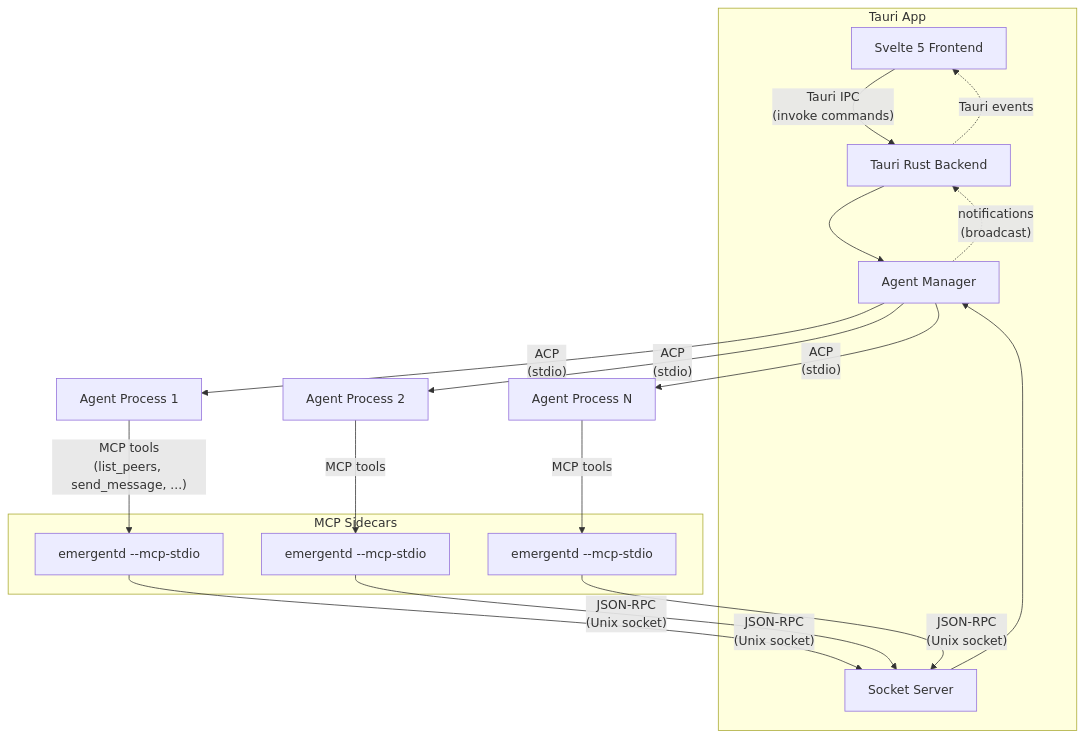
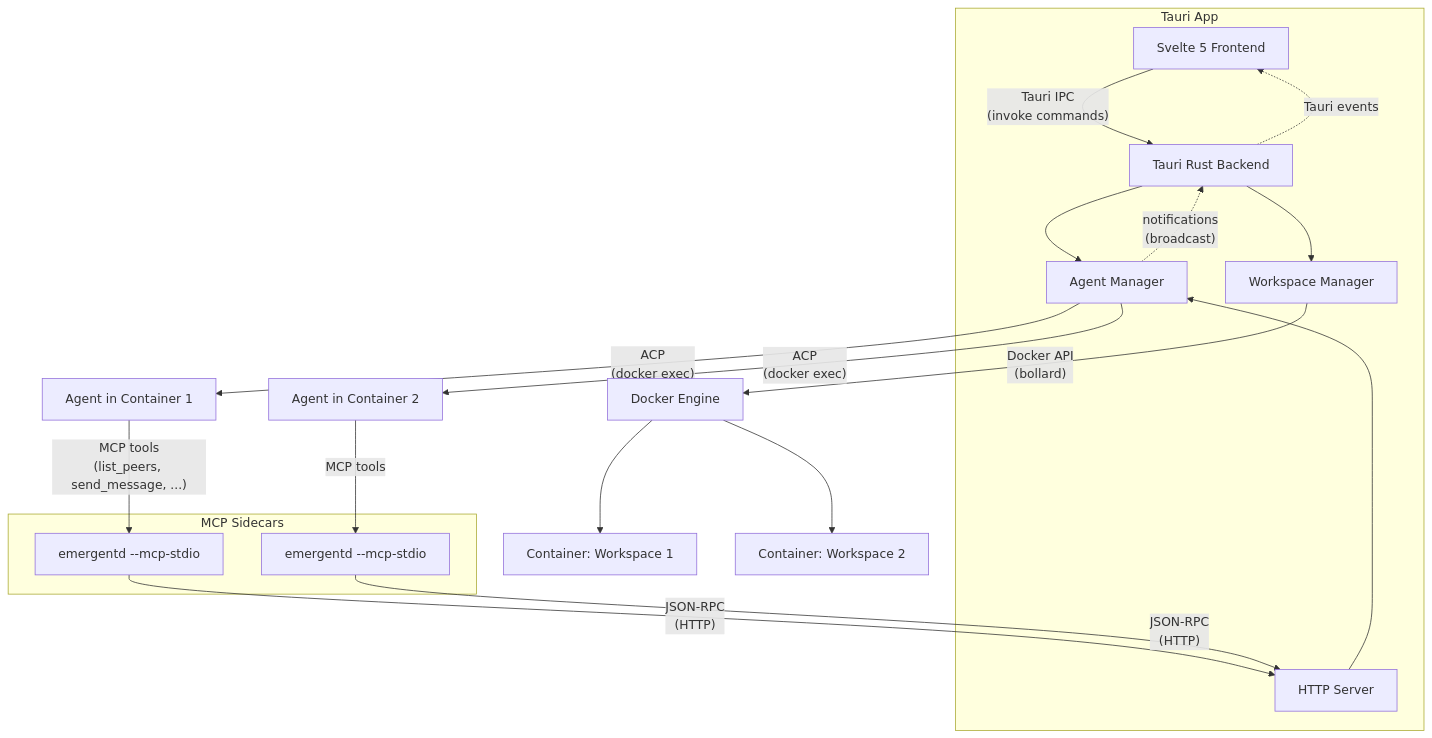
The diagram in README.md (gallanoe/emergent), drawn with Mermaid before and after one commit. The commit also changed other lines of this file, not shown here.

First line of the commit message:
docs: update README and CLAUDE.md for workspace containerization

````diff
--- a/README.md
+++ b/README.md
@@ -21,34 +23,36 @@
 ```mermaid
 graph TD
     subgraph Tauri App
         UI[Svelte 5 Frontend]
         TR[Tauri Rust Backend]
         AM[Agent Manager]
-        SS[Socket Server]
+        WM[Workspace Manager]
+        HS[HTTP Server]
     end
 
     UI -- "Tauri IPC<br/>(invoke commands)" --> TR
     TR --> AM
+    TR --> WM
 
-    AM -- "ACP<br/>(stdio)" --> A1[Agent Process 1]
-    AM -- "ACP<br/>(stdio)" --> A2[Agent Process 2]
-    AM -- "ACP<br/>(stdio)" --> AN[Agent Process N]
+    WM -- "Docker API<br/>(bollard)" --> D[Docker Engine]
+    D --> C1[Container: Workspace 1]
+    D --> C2[Container: Workspace 2]
+
+    AM -- "ACP<br/>(docker exec)" --> A1[Agent in Container 1]
+    AM -- "ACP<br/>(docker exec)" --> A2[Agent in Container 2]
 
     AM -. "notifications<br/>(broadcast)" .-> TR
     TR -. "Tauri events" .-> UI
 
     subgraph MCP Sidecars
         MCP1[emergentd --mcp-stdio]
         MCP2[emergentd --mcp-stdio]
-        MCPN[emergentd --mcp-stdio]
     end
 
     A1 -- "MCP tools<br/>(list_peers, send_message, ...)" --> MCP1
     A2 -- "MCP tools" --> MCP2
-    AN -- "MCP tools" --> MCPN
 
-    MCP1 -- "JSON-RPC<br/>(Unix socket)" --> SS
-    MCP2 -- "JSON-RPC<br/>(Unix socket)" --> SS
-    MCPN -- "JSON-RPC<br/>(Unix socket)" --> SS
-    SS --> AM
+    MCP1 -- "JSON-RPC<br/>(HTTP)" --> HS
+    MCP2 -- "JSON-RPC<br/>(HTTP)" --> HS
+    HS --> AM
 ```
````
